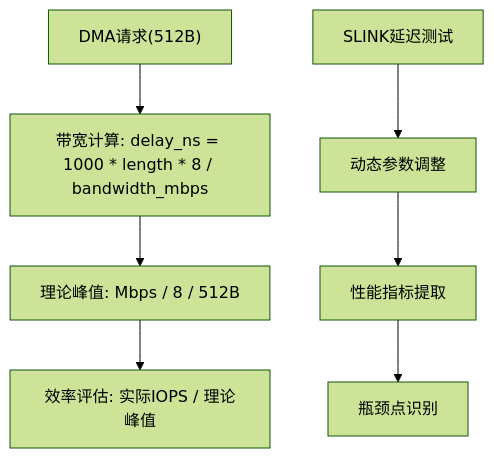
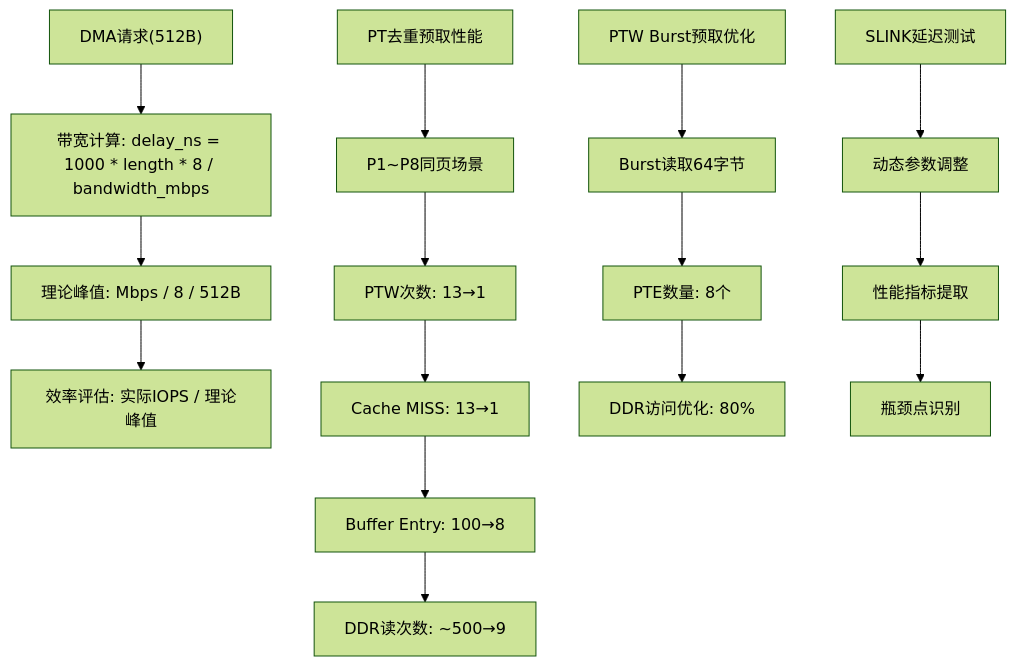
One commit to jiangjiang1122/iommu_model_20260401_v1 changed the tenth of 10 diagrams in .qoder/repowiki/zh/content/测试框架/测试框架.md. Above: the diagram before and after it, drawn with Mermaid (forest theme). The commit also changed other lines of this file and 12 other files, not shown here.

````diff
--- a/.qoder/repowiki/zh/content/测试框架/测试框架.md
+++ b/.qoder/repowiki/zh/content/测试框架/测试框架.md
@@ -350,9 +475,17 @@
 ```mermaid
 flowchart TD
 A["DMA请求(512B)"] --> B["带宽计算: delay_ns = 1000 * length * 8 / bandwidth_mbps"]
 B --> C["理论峰值: Mbps / 8 / 512B"]
 C --> D["效率评估: 实际IOPS / 理论峰值"]
-E["SLINK延迟测试"] --> F["动态参数调整"]
-F --> G["性能指标提取"]
-G --> H["瓶颈点识别"]
+E["PT去重预取性能"] --> F["P1~P8同页场景"]
+F --> G["PTW次数: 13→1"]
+G --> H["Cache MISS: 13→1"]
+H --> I["Buffer Entry: 100→8"]
+I --> J["DDR读次数: ~500→9"]
+K["PTW Burst预取优化"] --> L["Burst读取64字节"]
+L --> M["PTE数量: 8个"]
+M --> N["DDR访问优化: 80%"]
+O["SLINK延迟测试"] --> P["动态参数调整"]
+P --> Q["性能指标提取"]
+Q --> R["瓶颈点识别"]
 ```
````
